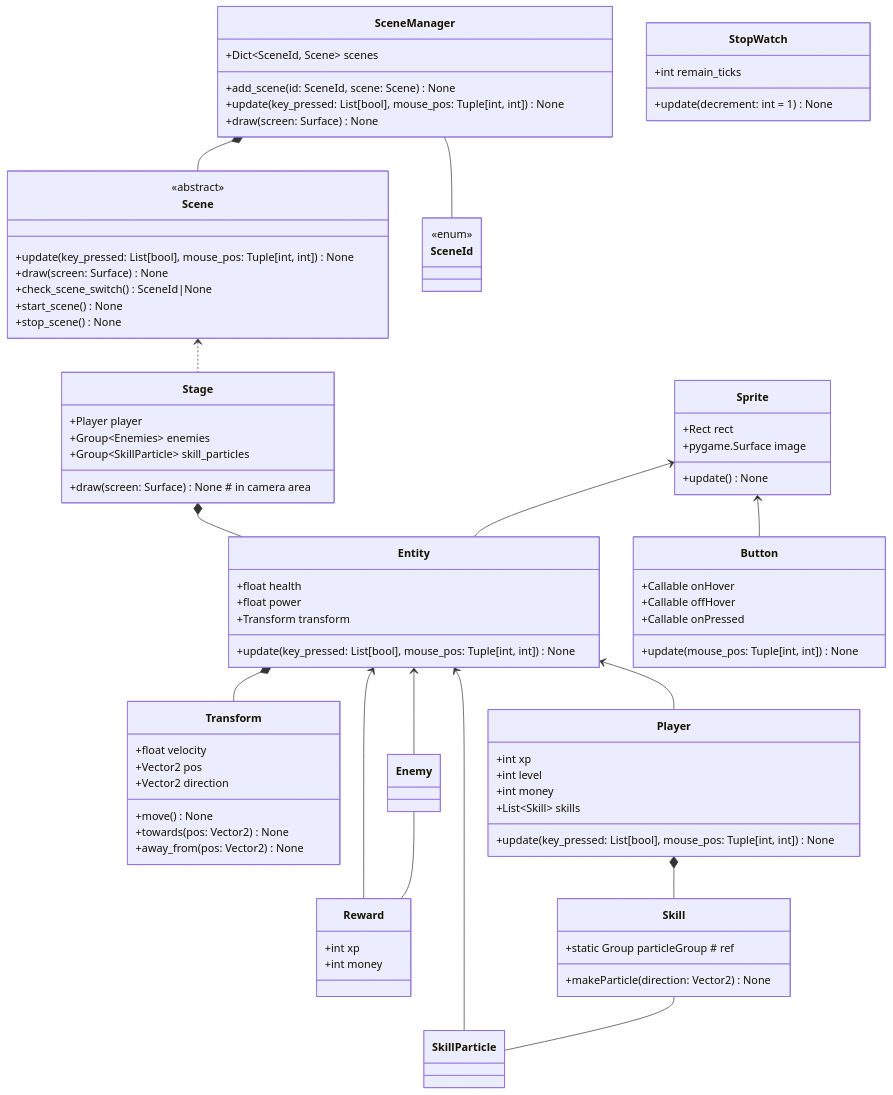
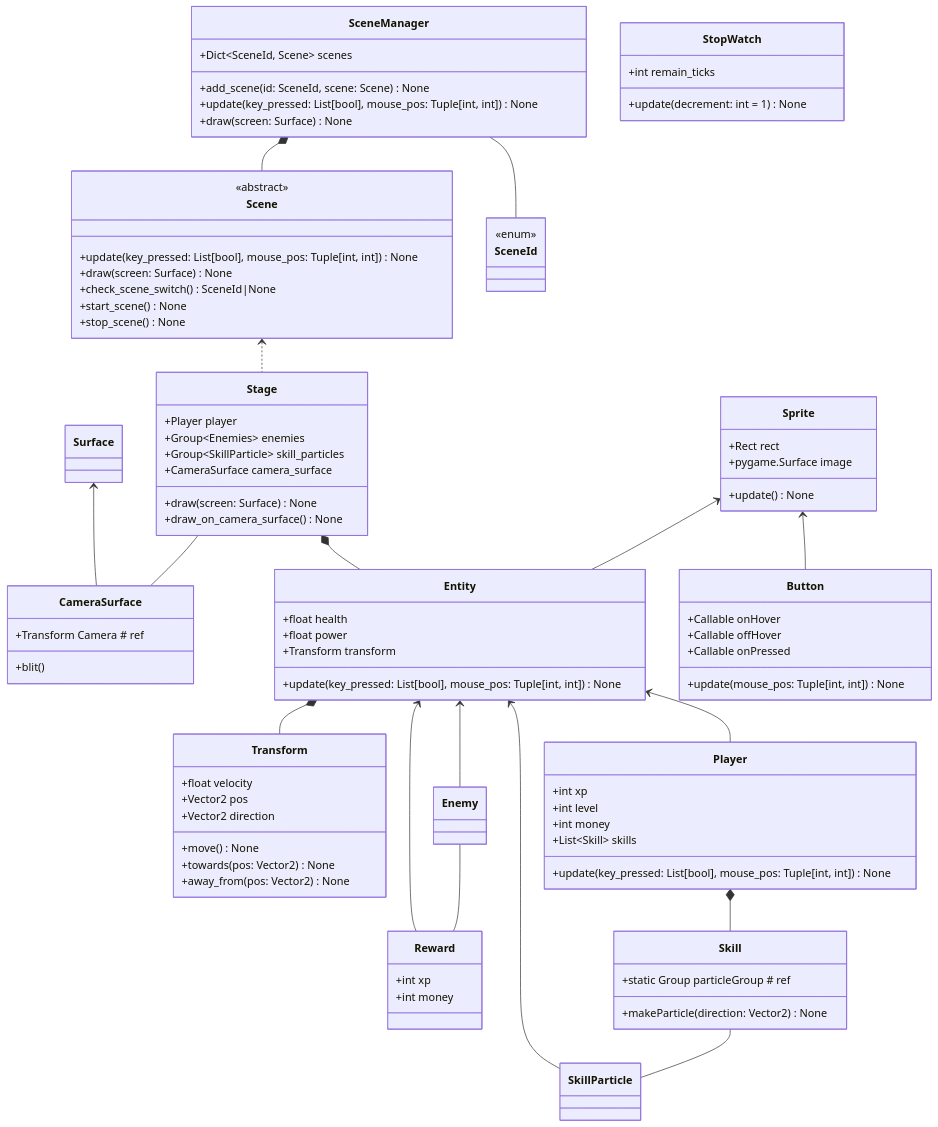
Before and after one commit to tteokgook1g/salmon_game: the diagram in uml.md, drawn with Mermaid. The commit also changed 7 other files, not shown here.

````diff
--- a/uml.md
+++ b/uml.md
@@ -1,6 +1,11 @@
 ```mermaid
 classDiagram
 
+class CameraSurface{
+    +Transform Camera # ref
+    +blit()
+}
+Surface<--CameraSurface
 
 class SceneManager{
     +Dict~SceneId, Scene~ scenes
@@ -29,10 +34,13 @@
     +Group~Enemies~ enemies
     +Group~SkillParticle~ skill_particles
 
-    +draw(screen: Surface) None # in camera area
+    +CameraSurface camera_surface
+    +draw(screen: Surface) None 
+    +draw_on_camera_surface() None 
 }
 Scene<..Stage
 Stage*--Entity
+Stage--CameraSurface
 
 class Transform{
     +float velocity
````
